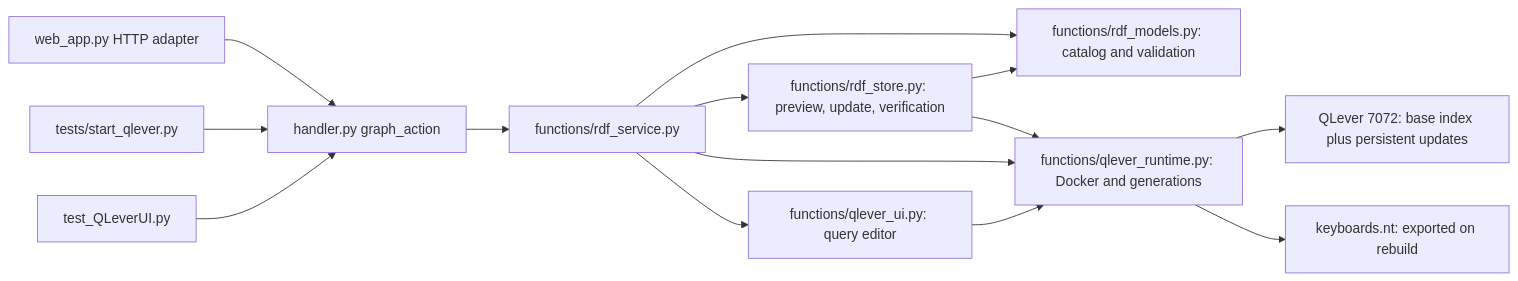
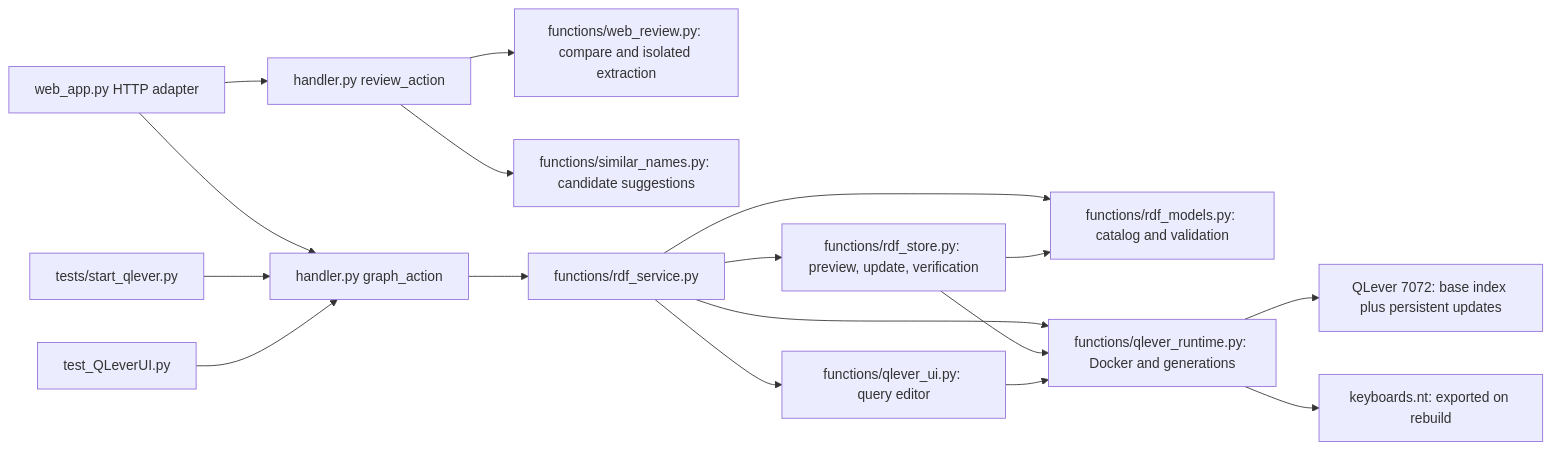
One commit to hawks23/anywikia changed the second of 3 diagrams in workflow.md. Above: the diagram before and after it, drawn with Mermaid. The commit also changed 2 other files, not shown here.

Commit message:
Explain the handler-first architecture and code reading order
Update the README and module diagram to show read-only review helpers behind handler.review_action. Record the completed readability cleanup and validation in the documentation checklist.

````diff
--- a/workflow.md
+++ b/workflow.md
@@ -42,16 +42,19 @@
 ```mermaid
 flowchart LR
     WEB[web_app.py HTTP adapter] --> HANDLER[handler.py graph_action]
+    WEB --> REVIEW[handler.py review_action]
+    REVIEW --> READ[functions/web_review.py: compare and isolated extraction]
+    REVIEW --> SUGGEST[functions/similar_names.py: candidate suggestions]
     SETUP[tests/start_qlever.py] --> HANDLER
     UI[test_QLeverUI.py] --> HANDLER
     HANDLER --> SERVICE[functions/rdf_service.py]
     SERVICE --> MODEL[functions/rdf_models.py: catalog and validation]
     SERVICE --> STORE[functions/rdf_store.py: preview, update, verification]
     SERVICE --> RUNTIME[functions/qlever_runtime.py: Docker and generations]
     SERVICE --> QUERYUI[functions/qlever_ui.py: query editor]
     STORE --> MODEL
     STORE --> RUNTIME
     QUERYUI --> RUNTIME
     RUNTIME --> GRAPH[QLever 7072: base index plus persistent updates]
     RUNTIME --> FILE[keyboards.nt: exported on rebuild]
 ```
````
